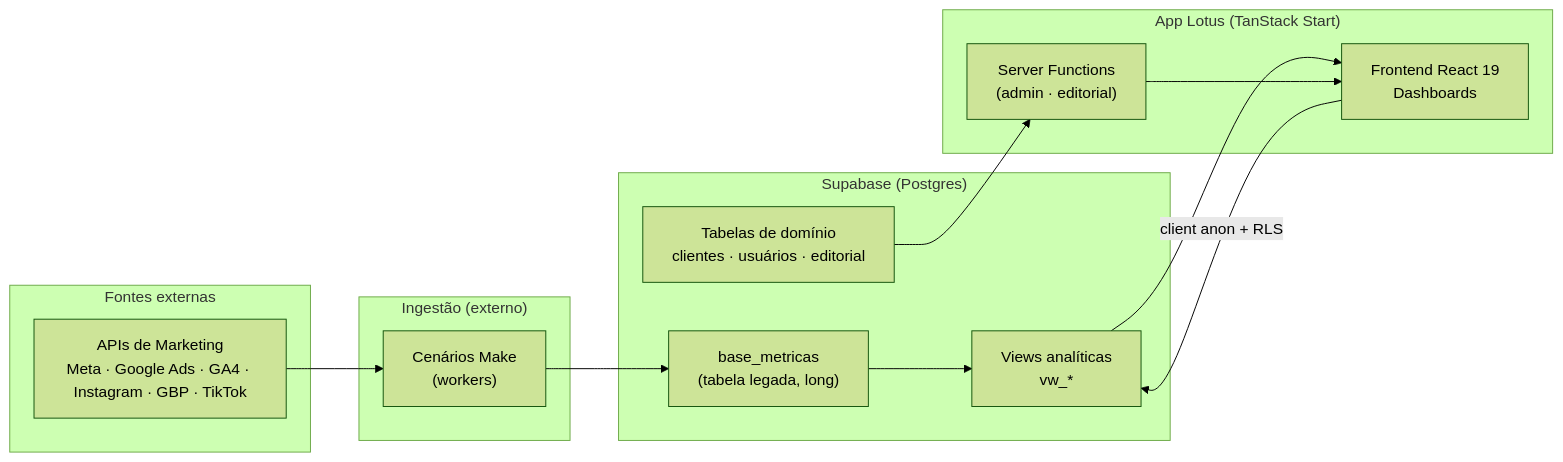
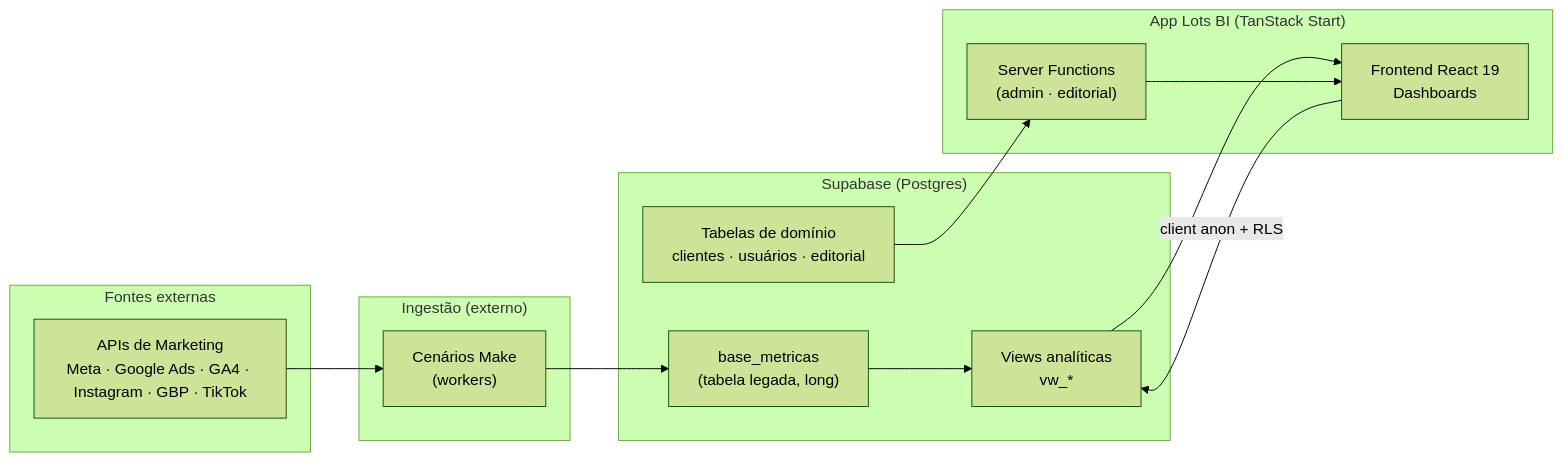
Before and after one commit to Lots-BI/supabase-magic-portal: the diagram in docs/README.md, drawn with Mermaid (forest theme). The commit also changed other lines of this file and 523 other files, not shown here.

````diff
--- a/docs/README.md
+++ b/docs/README.md
@@ -64,27 +64,27 @@
 ```mermaid
 flowchart LR
     subgraph Ext["Fontes externas"]
         APIs["APIs de Marketing\nMeta · Google Ads · GA4 · Instagram · GBP · TikTok"]
     end
 
     subgraph Pipe["Ingestão (externo)"]
         Make["Cenários Make\n(workers)"]
     end
 
     subgraph Supa["Supabase (Postgres)"]
         BM["base_metricas\n(tabela legada, long)"]
         Views["Views analíticas\nvw_*"]
         Domain["Tabelas de domínio\nclientes · usuários · editorial"]
     end
 
-    subgraph App["App Lotus (TanStack Start)"]
+    subgraph App["App Lots BI (TanStack Start)"]
         SF["Server Functions\n(admin · editorial)"]
         UI["Frontend React 19\nDashboards"]
     end
 
     APIs --> Make --> BM
     BM --> Views
     Views --> UI
     Domain --> SF --> UI
     UI -->|client anon + RLS| Views
 ```
````
